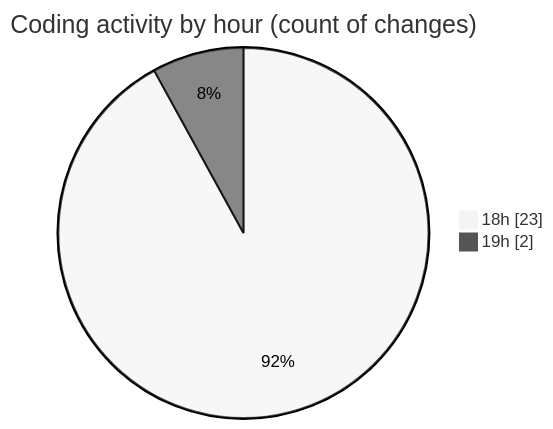
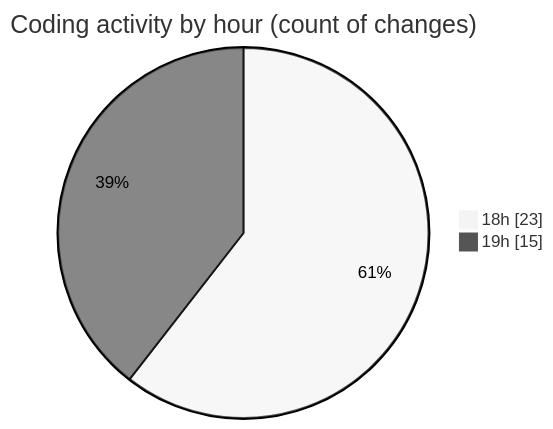
One commit to Netris89/code-tracking changed the second of 2 diagrams in 2025-03-27/back-end/README.md. Above: the diagram before and after it, drawn with Mermaid (neutral theme). The commit also changed other lines of this file and 1 other file, not shown here.

````diff
--- a/2025-03-27/back-end/README.md
+++ b/2025-03-27/back-end/README.md
@@ -36,6 +36,6 @@
 ```mermaid
 pie showData
 title Coding activity by hour (count of changes)
 "18h" : 23
-"19h" : 2
+"19h" : 15
 ```
````
